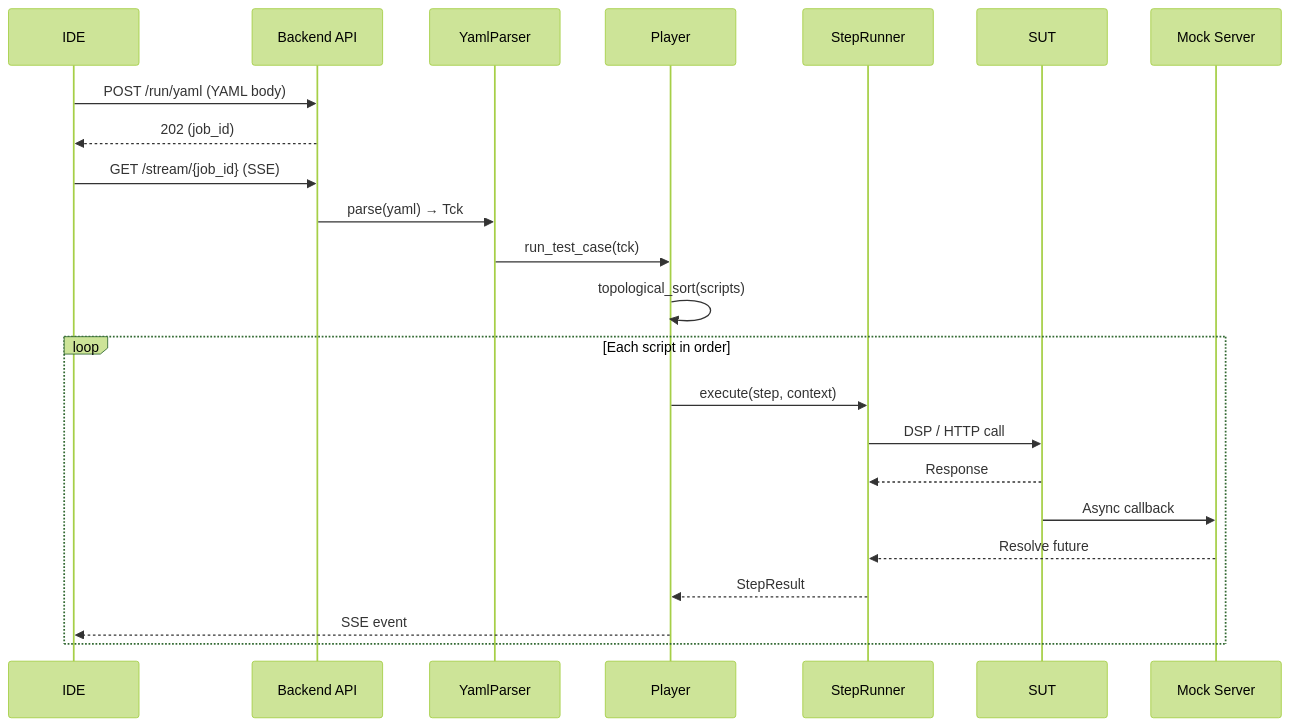
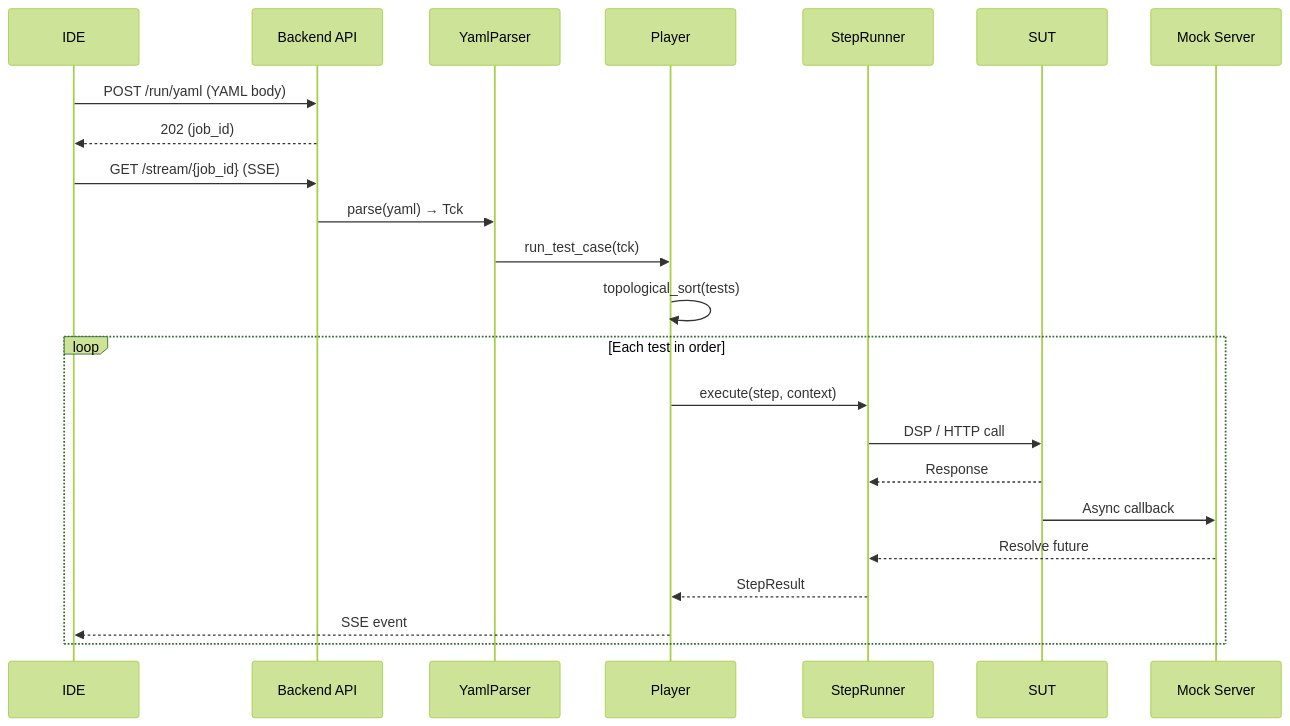
Before and after one commit to eclipse-tractusx/tractusx-testlab: the second of 5 diagrams in docs/tutorials/ccm-architecture-guide.md, drawn with Mermaid (forest theme). The commit also changed other lines of this file and 267 other files, not shown here.

````diff
--- a/docs/tutorials/ccm-architecture-guide.md
+++ b/docs/tutorials/ccm-architecture-guide.md
@@ -56,26 +56,26 @@
 ```mermaid
 sequenceDiagram
     participant IDE as IDE
     participant API as Backend API
     participant Parser as YamlParser
     participant Player as Player
     participant Step as StepRunner
     participant SUT as SUT
     participant Mock as Mock Server
 
     IDE->>API: POST /run/yaml (YAML body)
     API-->>IDE: 202 (job_id)
     IDE->>API: GET /stream/{job_id} (SSE)
     API->>Parser: parse(yaml) → Tck
     Parser->>Player: run_test_case(tck)
-    Player->>Player: topological_sort(scripts)
-    loop Each script in order
+    Player->>Player: topological_sort(tests)
+    loop Each test in order
         Player->>Step: execute(step, context)
         Step->>SUT: DSP / HTTP call
         SUT-->>Step: Response
         SUT->>Mock: Async callback
         Mock-->>Step: Resolve future
         Step-->>Player: StepResult
         Player-->>IDE: SSE event
     end
 ```
````
